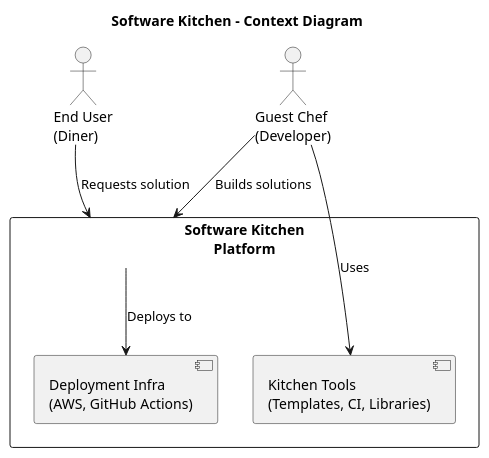
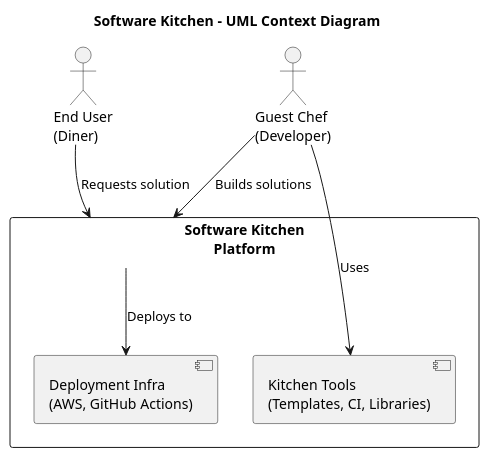
Before and after one commit to bluenerdcloud/bluenerd-docs: the diagram in docs/uml/context-diagram.puml, drawn with PlantUML. The commit also changed other lines of this file, not shown here.

```diff
--- a/docs/uml/context-diagram.puml
+++ b/docs/uml/context-diagram.puml
@@ -1,18 +1,18 @@
 @startuml SoftwareKitchenContext
 
-title Software Kitchen – Context Diagram
+title Software Kitchen – UML Context Diagram
 
 actor "End User\n(Diner)" as EndUser
 actor "Guest Chef\n(Developer)" as Chef
 
 rectangle "Software Kitchen\nPlatform" as SK {
   [Kitchen Tools\n(Templates, CI, Libraries)] as Tools
   [Deployment Infra\n(AWS, GitHub Actions)] as Infra
 }
 
 EndUser --> SK : Requests solution
 Chef --> SK : Builds solutions
 Chef --> Tools : Uses
 SK --> Infra : Deploys to
 
 @enduml
```
